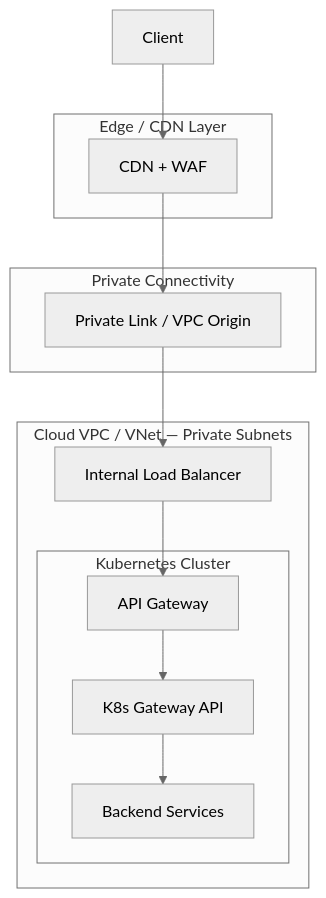
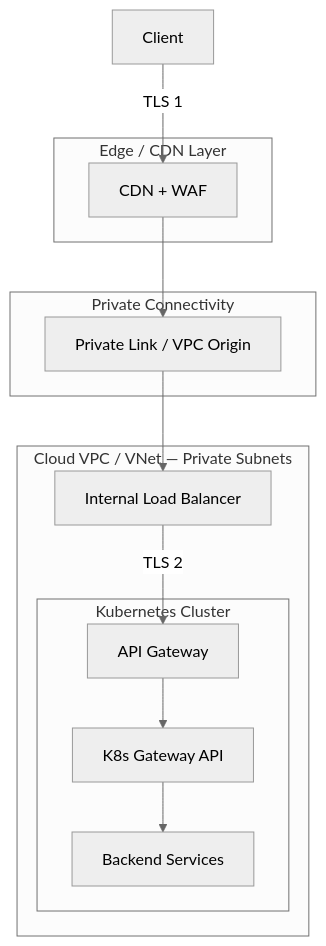
The first of 15 diagrams in README.md (shanaka-versent/EKS-Kong-GatewayAPI-Demo), drawn with Mermaid before and after one commit. The commit also changed other lines of this file, not shown here.

Commit message:
Add TLS edge labels to High-level and Detailed Architecture diagrams

````diff
--- a/README.md
+++ b/README.md
@@ -47,30 +47,30 @@
 ```mermaid
 %%{init: {'theme': 'neutral'}}%%
 flowchart TB
     Client["Client"]
 
     subgraph Edge["Edge / CDN Layer"]
         CDN["CDN + WAF"]
     end
 
     subgraph Private["Private Connectivity"]
         PL["Private Link / VPC Origin"]
     end
 
     subgraph Cloud["Cloud VPC / VNet — Private Subnets"]
         ILB["Internal Load Balancer"]
 
         subgraph K8s["Kubernetes Cluster"]
             APIGW["API Gateway"]
             GW["K8s Gateway API"]
             SVC["Backend Services"]
         end
     end
 
-    Client --> CDN
+    Client -->|"TLS 1"| CDN
     CDN --> PL
     PL --> ILB
-    ILB --> APIGW
+    ILB -->|"TLS 2"| APIGW
     APIGW --> GW
     GW --> SVC
 ```
````
